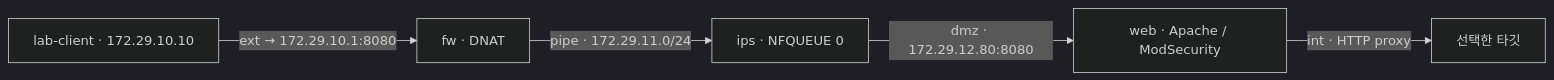
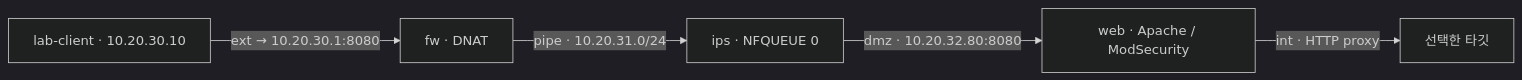
One commit to mrgrit/xocrange changed the diagram in docs/development/SECURITY-PATH-LAB.md. Above: the diagram before and after it, drawn with Mermaid (dark theme). The commit also changed other lines of this file and 23 other files, not shown here.

````diff
--- a/docs/development/SECURITY-PATH-LAB.md
+++ b/docs/development/SECURITY-PATH-LAB.md
@@ -26,7 +26,7 @@
 ```mermaid
 flowchart LR
-    client["lab-client · 172.29.10.10"] -->|"ext → 172.29.10.1:8080"| fw["fw · DNAT"]
-    fw -->|"pipe · 172.29.11.0/24"| ips["ips · NFQUEUE 0"]
-    ips -->|"dmz · 172.29.12.80:8080"| web["web · Apache / ModSecurity"]
+    client["lab-client · 10.20.30.10"] -->|"ext → 10.20.30.1:8080"| fw["fw · DNAT"]
+    fw -->|"pipe · 10.20.31.0/24"| ips["ips · NFQUEUE 0"]
+    ips -->|"dmz · 10.20.32.80:8080"| web["web · Apache / ModSecurity"]
     web -->|"int · HTTP proxy"| target["선택한 타깃"]
 ```
````
